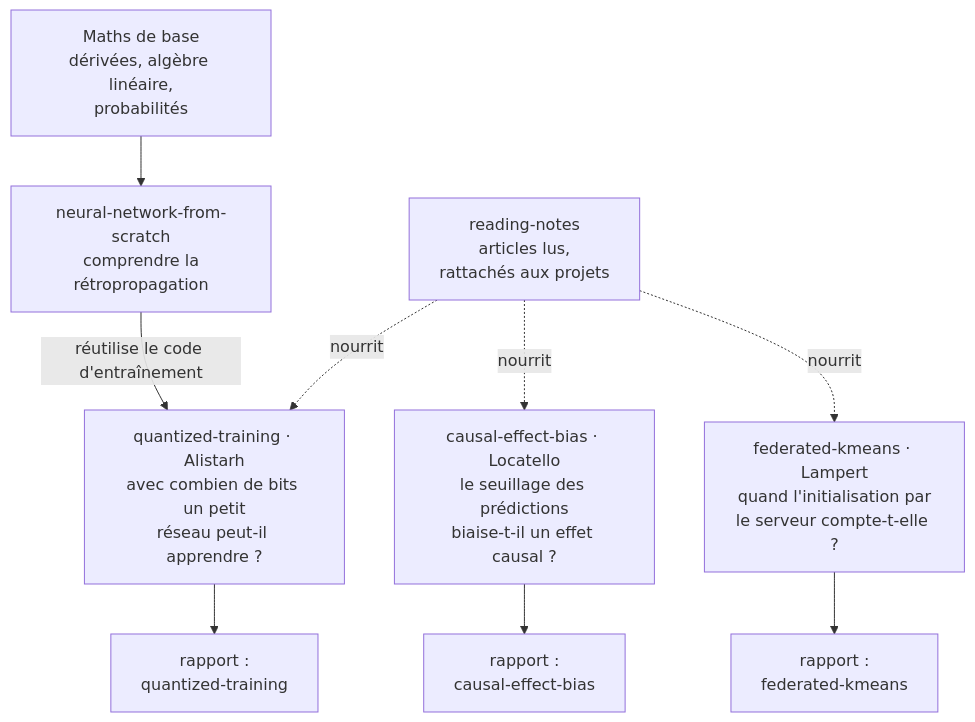
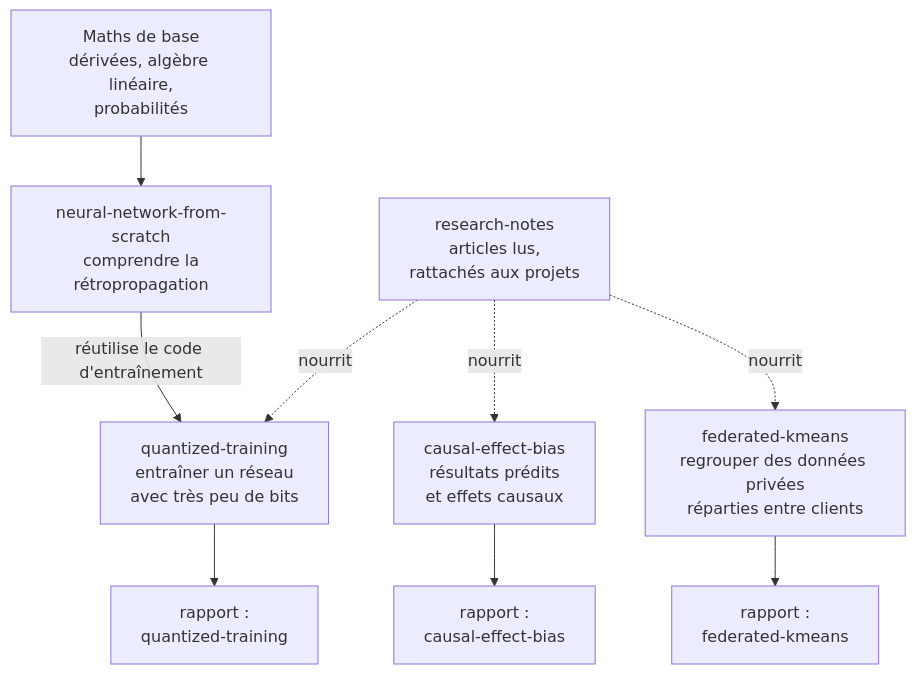
One commit to Bethkove/Computer-Science-ISTA-Portfolio changed the diagram in README.fr.md. Above: the diagram before and after it, drawn with Mermaid. The commit also changed other lines of this file and 19 other files, not shown here.

````diff
--- a/README.fr.md
+++ b/README.fr.md
@@ -24,21 +21,21 @@
 ```mermaid
 flowchart TD
-    R["reading-notes<br/>articles lus,<br/>rattachés aux projets"]
+    R["research-notes<br/>articles lus,<br/>rattachés aux projets"]
     M["Maths de base<br/>dérivées, algèbre linéaire,<br/>probabilités"]
     NN["neural-network-from-scratch<br/>comprendre la<br/>rétropropagation"]
-    C["causal-effect-bias · Locatello<br/>le seuillage des prédictions<br/>biaise-t-il un effet causal ?"]
-    F["federated-kmeans · Lampert<br/>quand l'initialisation par<br/>le serveur compte-t-elle ?"]
-    Q["quantized-training · Alistarh<br/>avec combien de bits un petit<br/>réseau peut-il apprendre ?"]
+    C["causal-effect-bias<br/>résultats prédits<br/>et effets causaux"]
+    F["federated-kmeans<br/>regrouper des données privées<br/>réparties entre clients"]
+    Q["quantized-training<br/>entraîner un réseau<br/>avec très peu de bits"]
     RC["rapport :<br/>causal-effect-bias"]
     RF["rapport :<br/>federated-kmeans"]
     RQ["rapport :<br/>quantized-training"]
 
     M --> NN
     NN -->|réutilise le code d'entraînement| Q
     R -. nourrit .-> C
     R -. nourrit .-> F
     R -. nourrit .-> Q
     C --> RC
     F --> RF
     Q --> RQ
 ```
````
